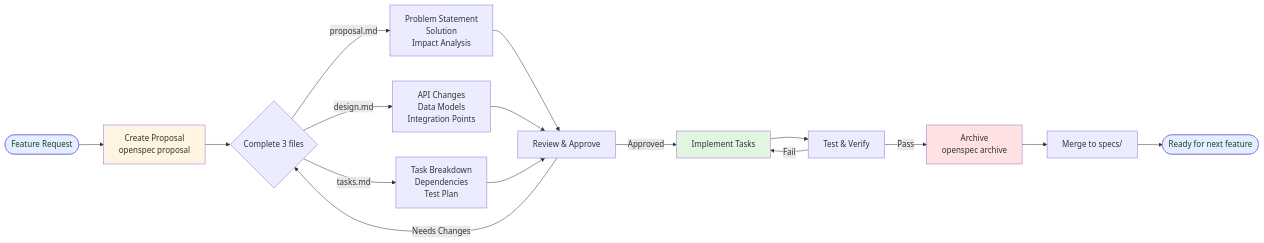
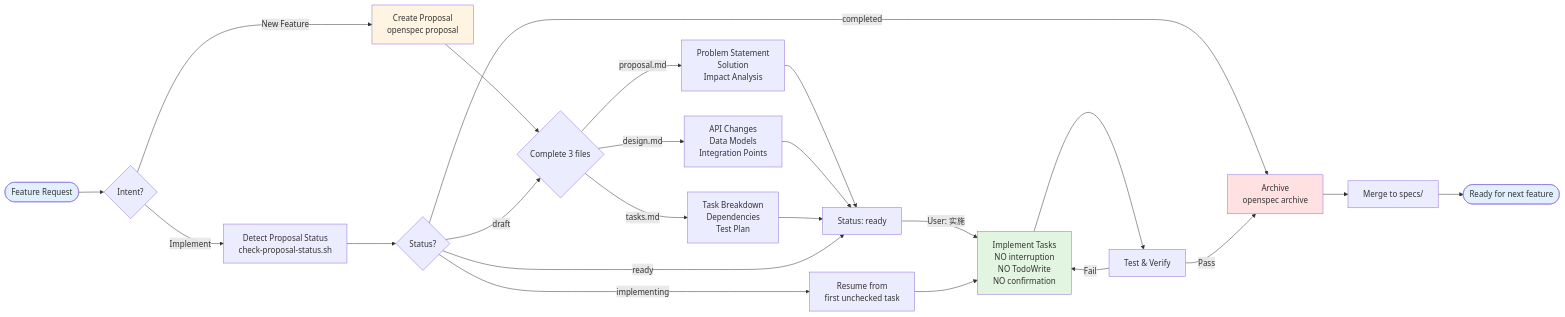
The third of 4 diagrams in plugins/managing-specifications/SKILL.md (eadydb/plugins), drawn with Mermaid before and after one commit. The commit also changed other lines of this file and 6 other files, not shown here.

````diff
--- a/plugins/managing-specifications/SKILL.md
+++ b/plugins/managing-specifications/SKILL.md
@@ -202,28 +253,37 @@
 ```mermaid
 flowchart LR
-    Start([Feature Request]) --> Proposal[Create Proposal<br/>openspec proposal]
+    Start([Feature Request]) --> Intent{Intent?}
+
+    Intent -->|New Feature| Proposal[Create Proposal<br/>openspec proposal]
+    Intent -->|Implement| Detect[Detect Proposal Status<br/>check-proposal-status.sh]
 
     Proposal --> Files{Complete 3 files}
 
     Files -->|proposal.md| P1[Problem Statement<br/>Solution<br/>Impact Analysis]
     Files -->|design.md| P2[API Changes<br/>Data Models<br/>Integration Points]
     Files -->|tasks.md| P3[Task Breakdown<br/>Dependencies<br/>Test Plan]
 
-    P1 & P2 & P3 --> Review[Review & Approve]
+    P1 & P2 & P3 --> Ready[Status: ready]
 
-    Review -->|Approved| Implement[Implement Tasks]
-    Review -->|Needs Changes| Files
+    Detect --> State{Status?}
+    State -->|ready| Ready
+    State -->|implementing| Resume[Resume from<br/>first unchecked task]
+    State -->|completed| Archive
+    State -->|draft| Files
+
+    Ready -->|User: 实施| Implement[Implement Tasks<br/>NO interruption<br/>NO TodoWrite<br/>NO confirmation]
+    Resume --> Implement
 
     Implement --> Test[Test & Verify]
     Test -->|Pass| Archive[Archive<br/>openspec archive]
     Test -->|Fail| Implement
 
     Archive --> Merge[Merge to specs/]
     Merge --> Next([Ready for next feature])
 
     style Start fill:#e1f0ff
     style Proposal fill:#fff4e1
     style Implement fill:#e1f5e1
     style Archive fill:#ffe1e1
     style Next fill:#e1f0ff
 ```
````
